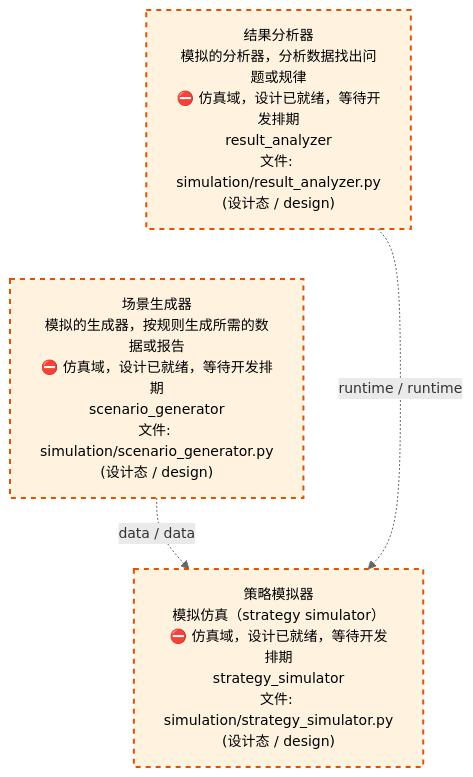
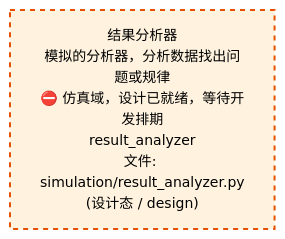
The third of 4 diagrams in docs/02_enterprise_architecture/02_domain_architecture_docs/70_d_simulation.md (xuanFelixVan/ZephyrAlpha), drawn with Mermaid before and after one commit. The commit also changed other lines of this file and 46 other files, not shown here.

````diff
--- a/docs/02_enterprise_architecture/02_domain_architecture_docs/70_d_simulation.md
+++ b/docs/02_enterprise_architecture/02_domain_architecture_docs/70_d_simulation.md
@@ -160,15 +169,10 @@
 ```mermaid
 %%{init: {'theme': 'base', 'themeVariables': {'primaryColor': '#eaeaea', 'primaryTextColor': '#333333', 'primaryBorderColor': '#666666', 'lineColor': '#666666', 'secondaryColor': '#eaeaea', 'tertiaryColor': '#eaeaea', 'fontSize': '14px'}}}%%
 flowchart TD
     src_zephyr_simulation_result_analyzer_py["结果分析器<br/>模拟的分析器，分析数据找出问题或规律<br/>⛔ 仿真域，设计已就绪，等待开发排期<br/>result_analyzer<br/>文件: simulation/result_analyzer.py<br/>(设计态 / design)"]
-    src_zephyr_simulation_scenario_generator_py["场景生成器<br/>模拟的生成器，按规则生成所需的数据或报告<br/>⛔ 仿真域，设计已就绪，等待开发排期<br/>scenario_generator<br/>文件: simulation/scenario_generator.py<br/>(设计态 / design)"]
-    src_zephyr_simulation_result_analyzer_py ~~~ src_zephyr_simulation_scenario_generator_py
-    src_zephyr_simulation_strategy_simulator_py["策略模拟器<br/>模拟仿真（strategy simulator）<br/>⛔ 仿真域，设计已就绪，等待开发排期<br/>strategy_simulator<br/>文件: simulation/strategy_simulator.py<br/>(设计态 / design)"]
-    src_zephyr_simulation_scenario_generator_py -.->|data / data| src_zephyr_simulation_strategy_simulator_py
-    src_zephyr_simulation_result_analyzer_py -.->|runtime / runtime| src_zephyr_simulation_strategy_simulator_py
     classDef production fill:#e1f5fe,stroke:#01579b,stroke-width:2px,color:#000
     classDef design fill:#fff3e0,stroke:#e65100,stroke-width:2px,color:#000,stroke-dasharray: 5 5
     classDef external_prod fill:#e8f4fd,stroke:#0277bd,stroke-width:1px,color:#000
     classDef external_design fill:#fff8e7,stroke:#ef6c00,stroke-width:1px,color:#000,stroke-dasharray: 5 5
-    class src_zephyr_simulation_result_analyzer_py,src_zephyr_simulation_scenario_generator_py,src_zephyr_simulation_strategy_simulator_py design
+    class src_zephyr_simulation_result_analyzer_py design
 ```
````
